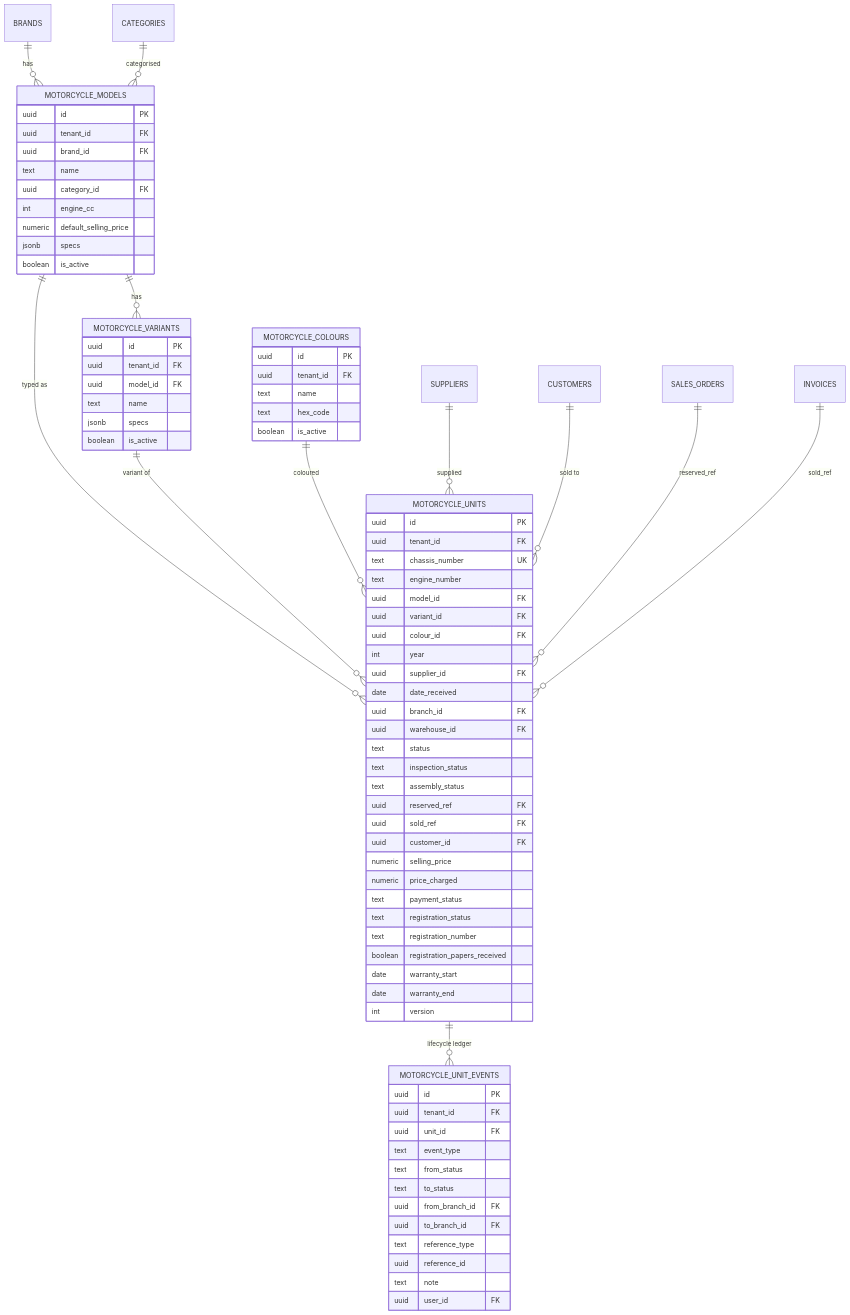
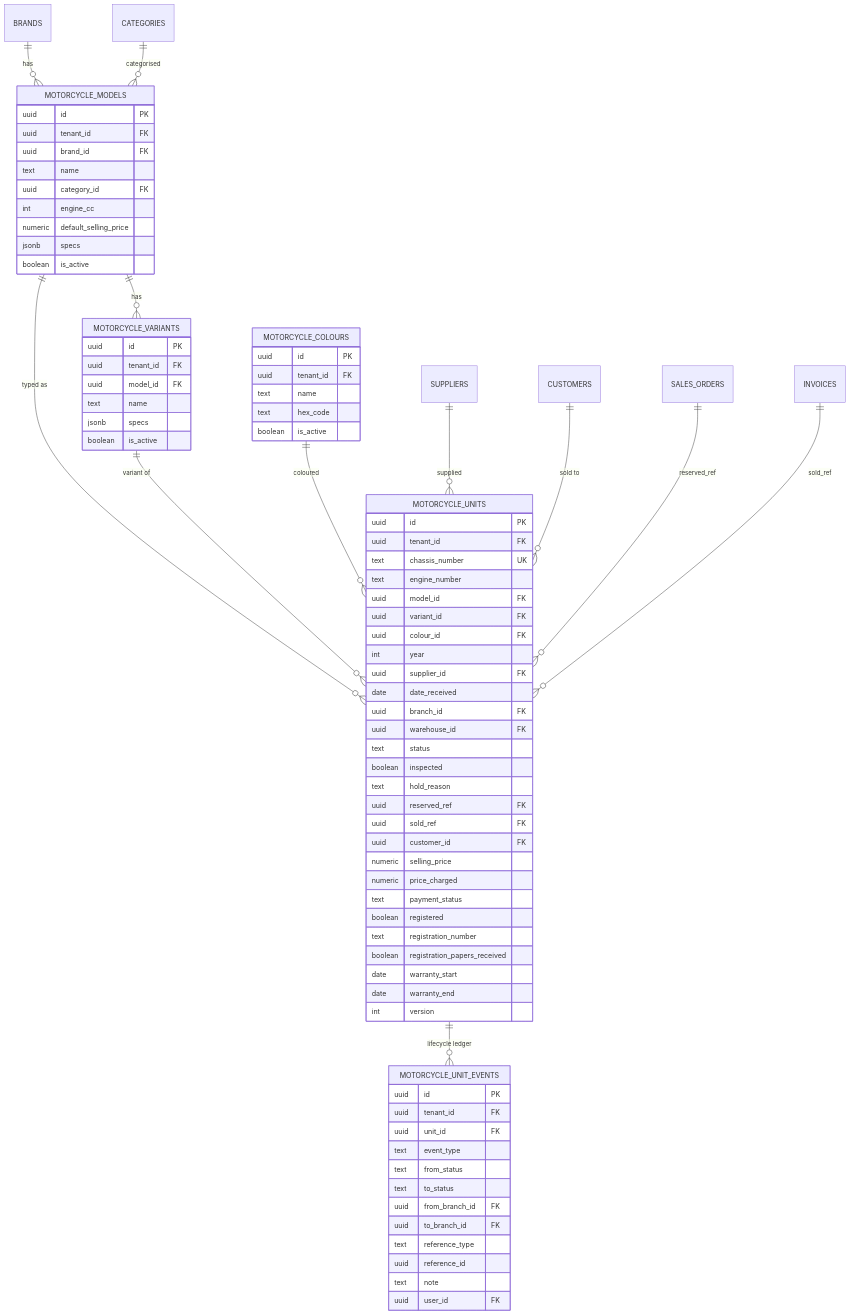
One commit to The-Hoodlum/Inventory-Management-System changed the second of 2 diagrams in database/ERD.md. Above: the diagram before and after it, drawn with Mermaid. The commit also changed 16 other files, not shown here.

First line of the commit message:
feat(motorcycles): five-status sale model + independent inspection/registration/hold

```diff
--- a/database/ERD.md
+++ b/database/ERD.md
@@ -307,15 +307,15 @@
         uuid branch_id FK
         uuid warehouse_id FK
         text status
-        text inspection_status
-        text assembly_status
+        boolean inspected
+        text hold_reason
         uuid reserved_ref FK
         uuid sold_ref FK
         uuid customer_id FK
         numeric selling_price
         numeric price_charged
         text payment_status
-        text registration_status
+        boolean registered
         text registration_number
         boolean registration_papers_received
         date warranty_start
```
